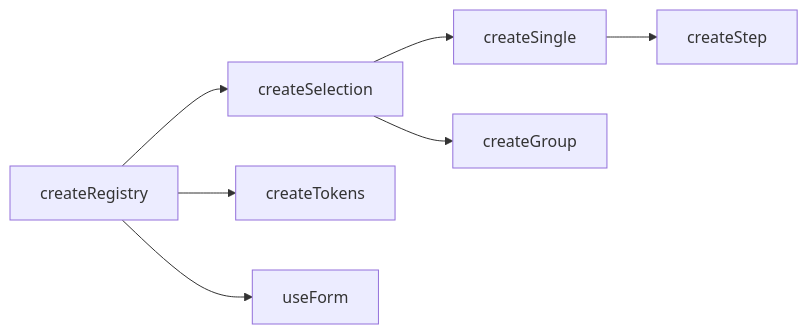
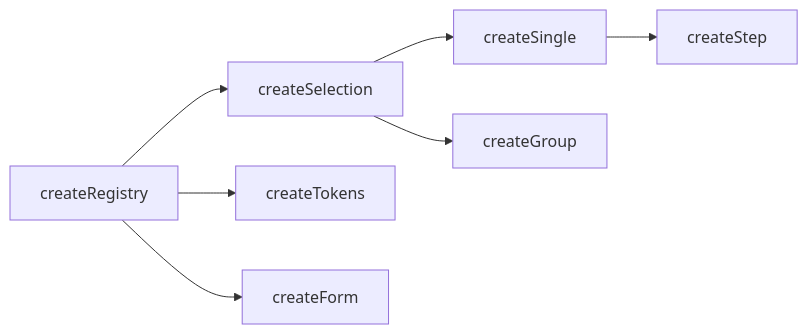
One commit to vuetifyjs/0 changed the second of 4 diagrams in apps/docs/src/pages/guide/fundamentals/core.md. Above: the diagram before and after it, drawn with Mermaid. The commit also changed other lines of this file, not shown here.

Commit message:
docs: fix useForm → createForm in core.md

````diff
--- a/apps/docs/src/pages/guide/fundamentals/core.md
+++ b/apps/docs/src/pages/guide/fundamentals/core.md
@@ -140,9 +140,9 @@
 ```mermaid "Extension Chain"
 flowchart LR
     R[createRegistry] --> S[createSelection]
     R --> T[createTokens]
-    R --> F[useForm]
+    R --> F[createForm]
     S --> Si[createSingle]
     S --> G[createGroup]
     Si --> St[createStep]
 ```
````
